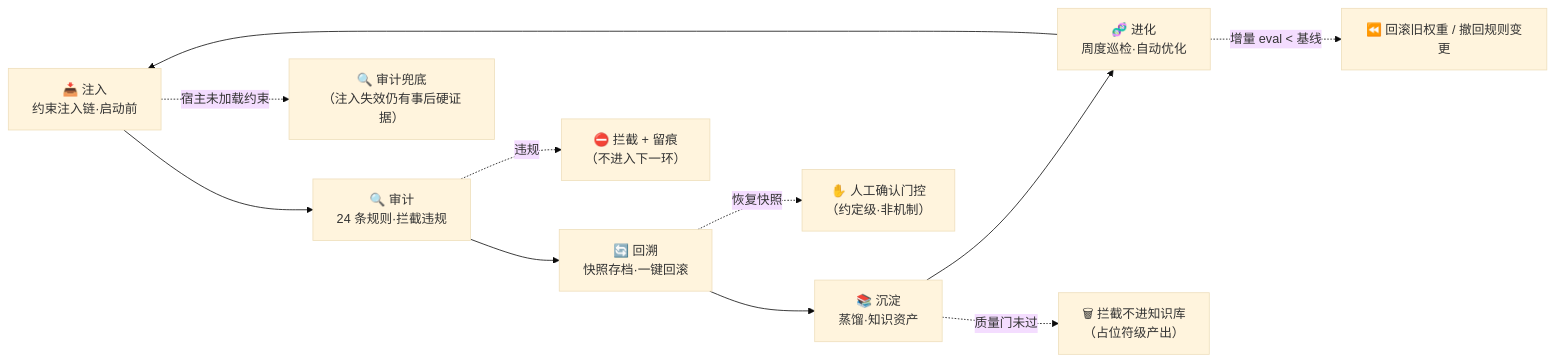
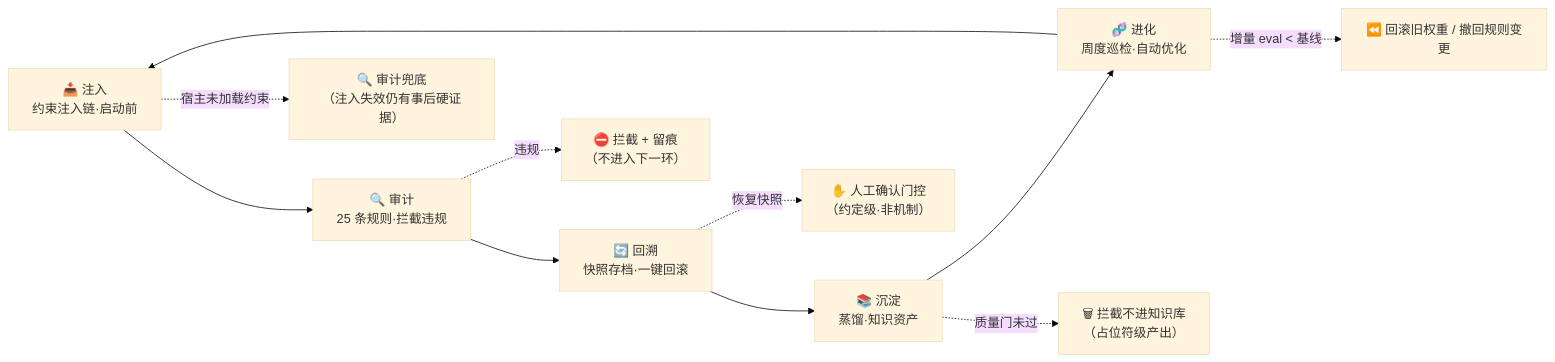
One commit to KongFangXun/sofagent changed the sixth of 10 diagrams in docs/ARCHITECTURE.md. Above: the diagram before and after it, drawn with Mermaid (base theme). The commit also changed other lines of this file and 99 other files, not shown here.

````diff
--- a/docs/ARCHITECTURE.md
+++ b/docs/ARCHITECTURE.md
@@ -415,13 +415,13 @@
 ```mermaid
 graph LR
-    A["📥 注入<br/>约束注入链·启动前"] --> B["🔍 审计<br/>24 条规则·拦截违规"]
+    A["📥 注入<br/>约束注入链·启动前"] --> B["🔍 审计<br/>25 条规则·拦截违规"]
     B --> C["🔄 回溯<br/>快照存档·一键回滚"]
     C --> D["📚 沉淀<br/>蒸馏·知识资产"]
     D --> E["🧬 进化<br/>周度巡检·自动优化"]
     E --> A
     B -.->|违规| BX["⛔ 拦截 + 留痕<br/>（不进入下一环）"]
     C -.->|恢复快照| CX["✋ 人工确认门控<br/>（约定级·非机制）"]
     D -.->|质量门未过| DX["🗑 拦截不进知识库<br/>（占位符级产出）"]
     E -.->|增量 eval < 基线| EX["⏪ 回滚旧权重 / 撤回规则变更"]
     A -.->|宿主未加载约束| AX["🔍 审计兜底<br/>（注入失效仍有事后硬证据）"]
 ```
````
